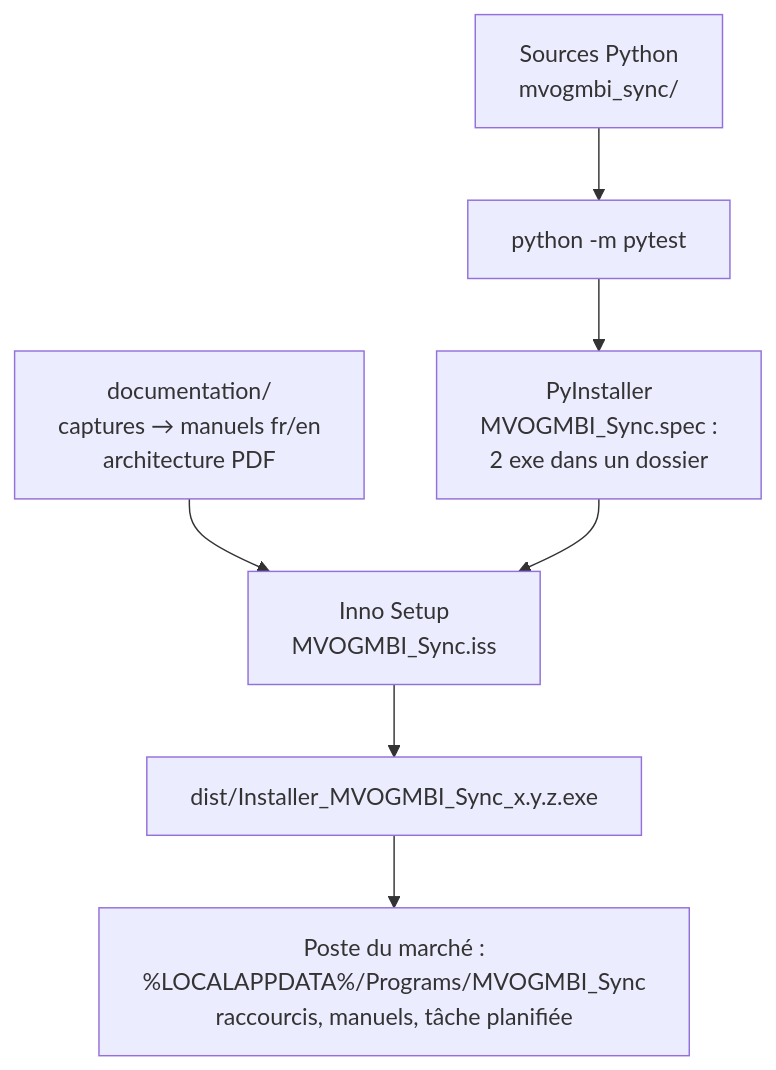
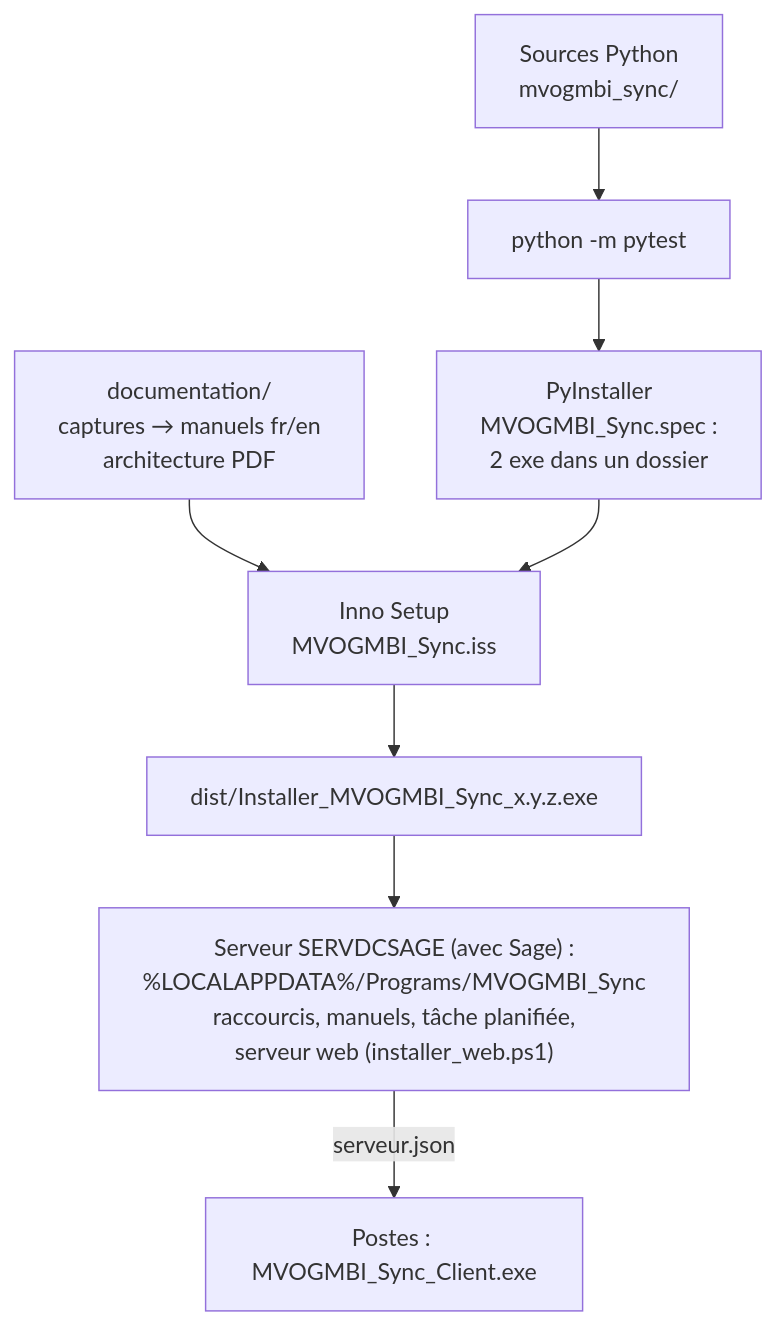
Before and after one commit to mteingueng-dot/MVOGMBI_Sync_2026.1: diagram 18 of 18 in ARCHITECTURE.md, drawn with Mermaid. The commit also changed other lines of this file and 27 other files, not shown here.

````diff
--- a/ARCHITECTURE.md
+++ b/ARCHITECTURE.md
@@ -545,9 +606,10 @@
 ```mermaid
 flowchart TD
     SRC["Sources Python<br/>mvogmbi_sync/"] --> T["python -m pytest"]
     T --> PY["PyInstaller<br/>MVOGMBI_Sync.spec :<br/>2 exe dans un dossier"]
     DOC["documentation/<br/>captures → manuels fr/en<br/>architecture PDF"] --> INNO
     PY --> INNO["Inno Setup<br/>MVOGMBI_Sync.iss"]
     INNO --> SETUP["dist/Installer_MVOGMBI_Sync_x.y.z.exe"]
-    SETUP --> POSTE["Poste du marché :<br/>%LOCALAPPDATA%/Programs/MVOGMBI_Sync<br/>raccourcis, manuels, tâche planifiée"]
+    SETUP --> POSTE["Serveur SERVDCSAGE (avec Sage) :<br/>%LOCALAPPDATA%/Programs/MVOGMBI_Sync<br/>raccourcis, manuels, tâche planifiée,<br/>serveur web (installer_web.ps1)"]
+    POSTE -->|serveur.json| CLIENT["Postes : MVOGMBI_Sync_Client.exe"]
 ```
````
